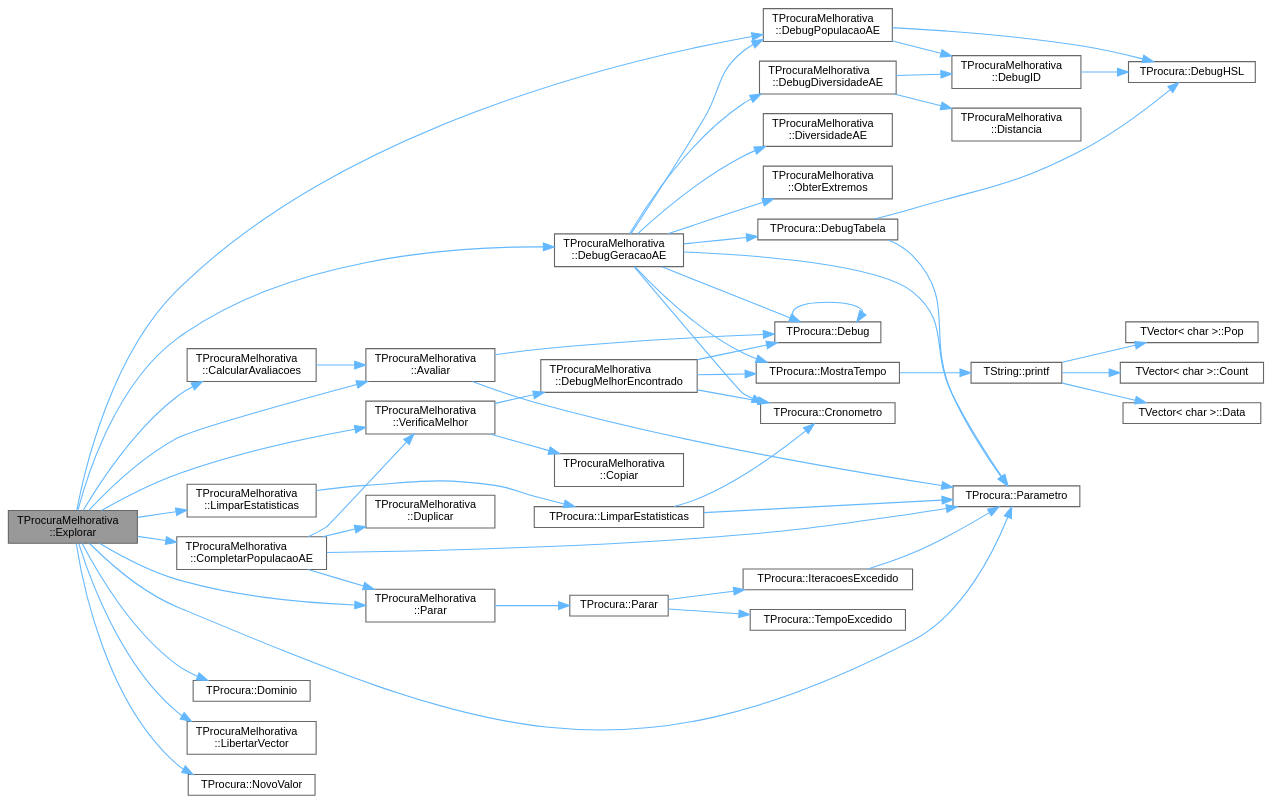
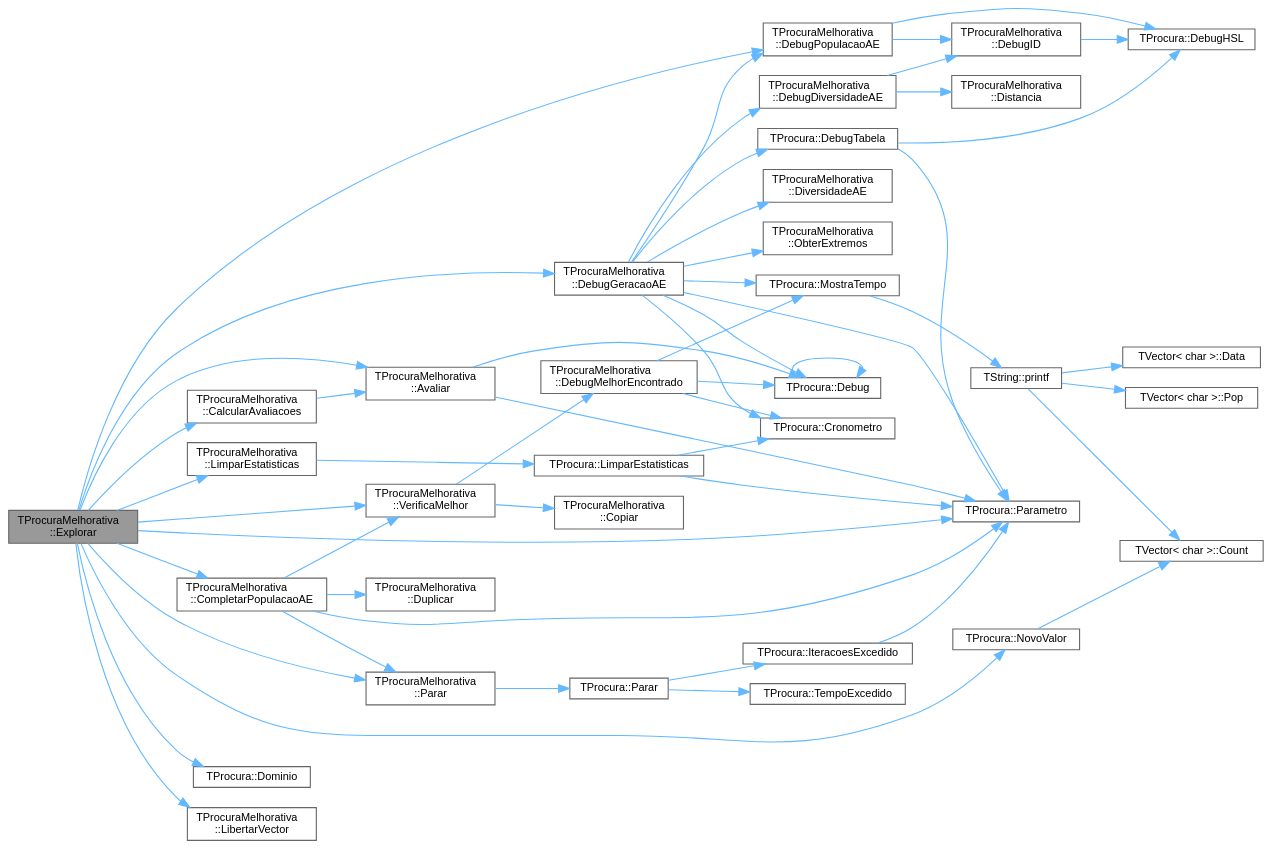
One commit to jcoelho72/TProcura changed the diagram in classTProcuraMelhorativa_a76355a263331719abacf13d40a6613d0_cgraph.dot. Above: the diagram before and after it, drawn with Graphviz. The commit also changed 290 other files, not shown here.

```diff
--- a/classTProcuraMelhorativa_a76355a263331719abacf13d40a6613d0_cgraph.dot
+++ b/classTProcuraMelhorativa_a76355a263331719abacf13d40a6613d0_cgraph.dot
@@ -88,7 +88,8 @@
   Node33 -> Node4 [id="edge48_Node000033_Node000004",color="steelblue1",style="solid",tooltip=" "];
   Node1 -> Node34 [id="edge49_Node000001_Node000034",color="steelblue1",style="solid",tooltip=" "];
   Node34 [id="Node000034",label="TProcura::NovoValor",height=0.2,width=0.4,color="grey40", fillcolor="white", style="filled",URL="$classTProcura.html#a7d6b6baca763cf0dd9f5fd8c373415a5",tooltip=" "];
-  Node1 -> Node4 [id="edge50_Node000001_Node000004",color="steelblue1",style="solid",tooltip=" "];
-  Node1 -> Node8 [id="edge51_Node000001_Node000008",color="steelblue1",style="solid",tooltip=" "];
-  Node1 -> Node12 [id="edge52_Node000001_Node000012",color="steelblue1",style="solid",tooltip=" "];
+  Node34 -> Node18 [id="edge50_Node000034_Node000018",color="steelblue1",style="solid",tooltip=" "];
+  Node1 -> Node4 [id="edge51_Node000001_Node000004",color="steelblue1",style="solid",tooltip=" "];
+  Node1 -> Node8 [id="edge52_Node000001_Node000008",color="steelblue1",style="solid",tooltip=" "];
+  Node1 -> Node12 [id="edge53_Node000001_Node000012",color="steelblue1",style="solid",tooltip=" "];
 }
```
